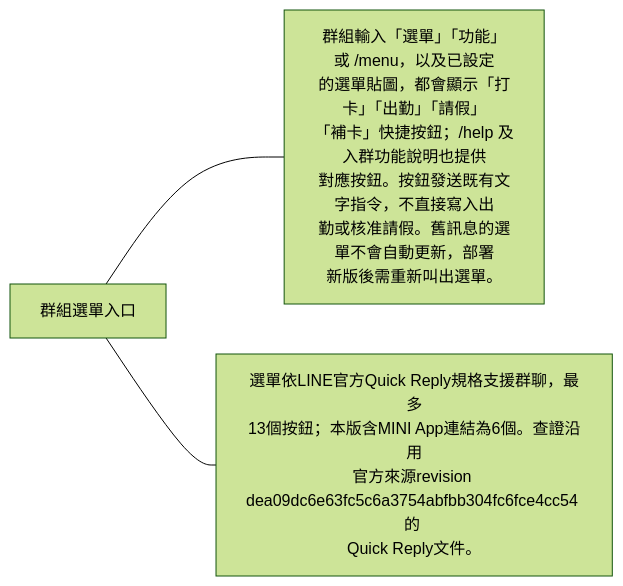
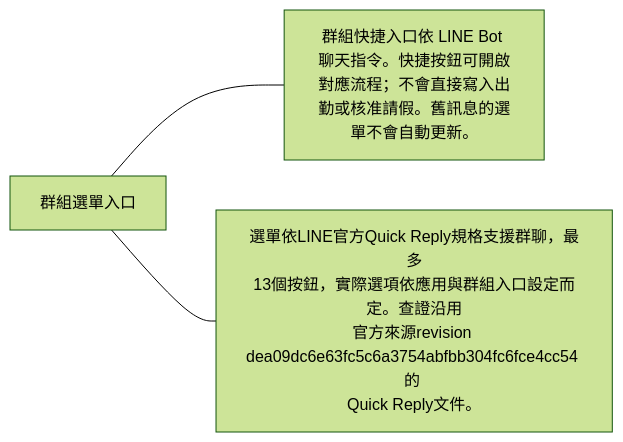
One commit to 963sup/line-mini-app-bot changed the eighth of 8 diagrams in docs/domains/attendance/board.md. Above: the diagram before and after it, drawn with Mermaid (forest theme). The commit also changed 7 other files, not shown here.

Commit message:
Centralize LINE commands and separate webhook setup from HTTP behavior

````diff
--- a/docs/domains/attendance/board.md
+++ b/docs/domains/attendance/board.md
@@ -87,7 +87,8 @@
 ```mermaid
 flowchart LR
   h["群組選單入口"]
-  h --- n0["群組輸入「選單」「功能」或 /menu，以及已設定<br/>的選單貼圖，都會顯示「打卡」「出勤」「請假」<br/>「補卡」快捷按鈕；/help 及入群功能說明也提供<br/>對應按鈕。按鈕發送既有文字指令，不直接寫入出<br/>勤或核准請假。舊訊息的選單不會自動更新，部署<br/>新版後需重新叫出選單。"]
-  h --- n1["選單依LINE官方Quick Reply規格支援群聊，最多<br/>13個按鈕；本版含MINI App連結為6個。查證沿用<br/>官方來源revision <br/>dea09dc6e63fc5c6a3754abfbb304fc6fce4cc54 的 <br/>Quick Reply文件。"]
+  h --- n0["群組快捷入口依 LINE Bot 聊天指令。快捷按鈕可開啟對應流程；不會直接寫入出勤或核准請假。舊訊息的選單不會自動更新。"]
+  click n0 "../../integrations/line/commands.md#群組"
+  h --- n1["選單依LINE官方Quick Reply規格支援群聊，最多<br/>13個按鈕，實際選項依應用與群組入口設定而定。查證沿用<br/>官方來源revision <br/>dea09dc6e63fc5c6a3754abfbb304fc6fce4cc54 的 <br/>Quick Reply文件。"]
   click n1 "https://developers.line.biz/en/docs/messaging-api/using-quick-reply/"
 ```
````
